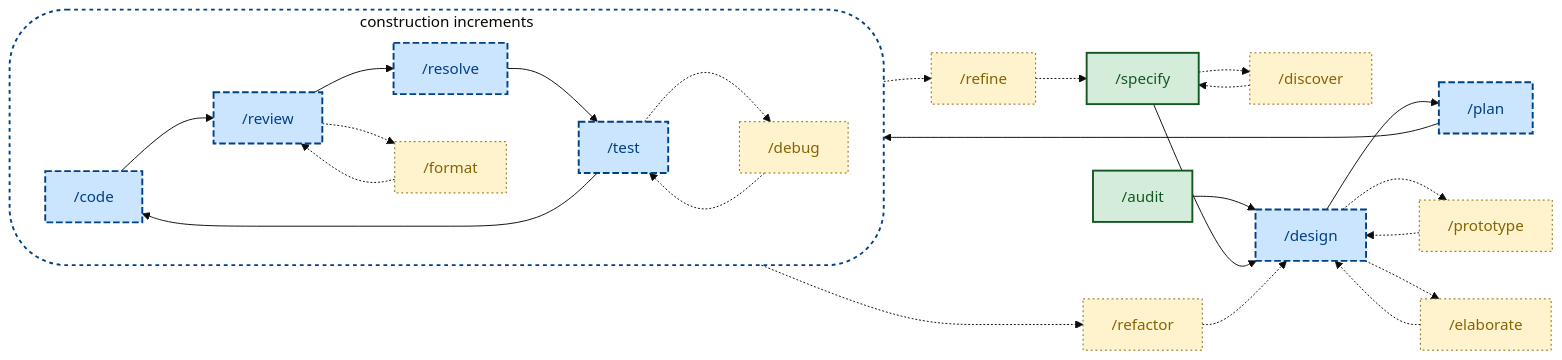
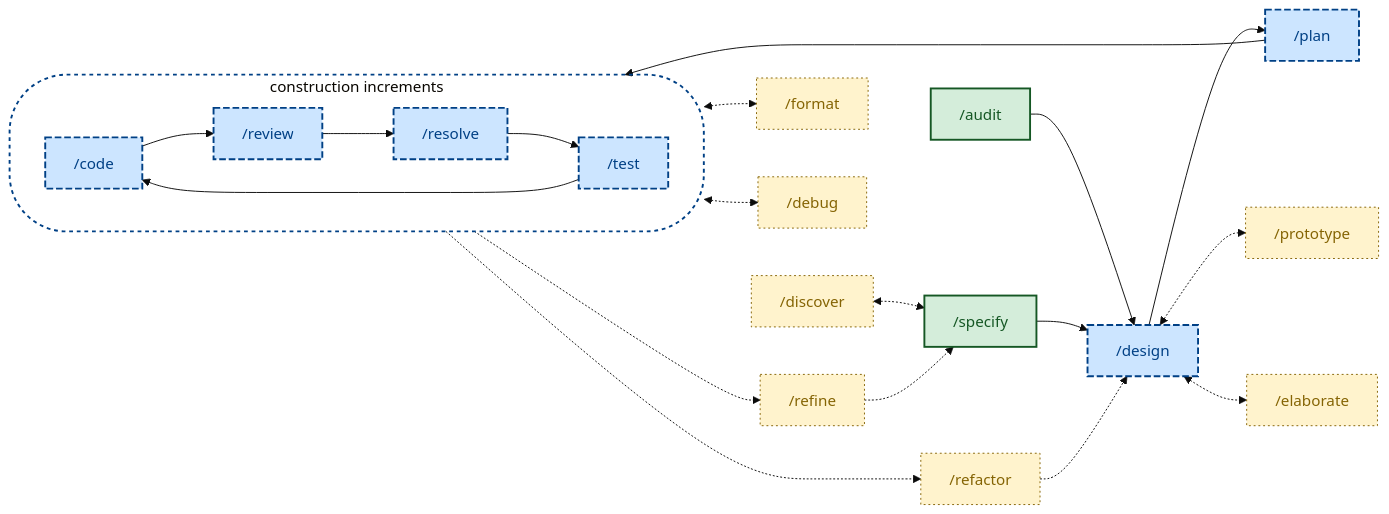
The diagram in README.md (kieranpotts/skills), drawn with Mermaid (base theme) before and after one commit.

Commit message:
chore: mermaid - simplify feedback loops presentation

````diff
--- a/README.md
+++ b/README.md
@@ -43,62 +43,57 @@
 ```mermaid
 flowchart LR
   %% Node labels and classes (declared up front so they hold inside and outside the subgraph).
   discover["/discover"]:::secondary
   audit["/audit"]:::start
   specify["/specify"]:::start
   design["/design"]:::main
   plan["/plan"]:::main
   code["/code"]:::main
   review["/review"]:::main
   resolve["/resolve"]:::main
   test["/test"]:::main
   prototype["/prototype"]:::secondary
   elaborate["/elaborate"]:::secondary
   format["/format"]:::secondary
   debug["/debug"]:::secondary
   refactor["/refactor"]:::secondary
   refine["/refine"]:::secondary
 
   %% Starting points.
-  discover -.-> specify
   audit --> design
   specify --> design
 
   %% Main workflow sequence.
   design --> plan
   plan --> code
 
   %% The build loop: code -> review -> resolve -> test, plus the format and debug repair cycles.
   subgraph build [construction increments]
     direction LR
     code --> review
     review --> resolve
     resolve --> test
     test --> code
-    review -.-> format
-    format -.-> review
-    test -.-> debug
-    debug -.-> test
   end
 
   %% Small iterative cycles.
-  specify -.-> discover
-  design -.-> prototype
-  prototype -.-> design
-  design -.-> elaborate
-  elaborate -.-> design
+  discover <-.-> specify
+  design <-.-> prototype
+  design <-.-> elaborate
+  review <-.-> format
+  test <-.-> debug
 
   %% Big feedback loops.
   review -.-> refactor
   refactor -.-> design
   test -.-> refine
   refine -.-> specify
 
   %% Class definitions.
   classDef start fill:#d4edda,stroke:#155724,color:#155724,stroke-width:2px
   classDef main fill:#cce5ff,stroke:#004085,color:#004085,stroke-width:2px,stroke-dasharray:7 3
   classDef secondary fill:#fff3cd,stroke:#856404,color:#856404,stroke-width:1px,stroke-dasharray:2 3
 
   %% Subgraph (loop) border styling.
   style build fill:none,stroke:#004085,stroke-width:2px,stroke-dasharray:4 4,rx:60,ry:60
 ```
````
